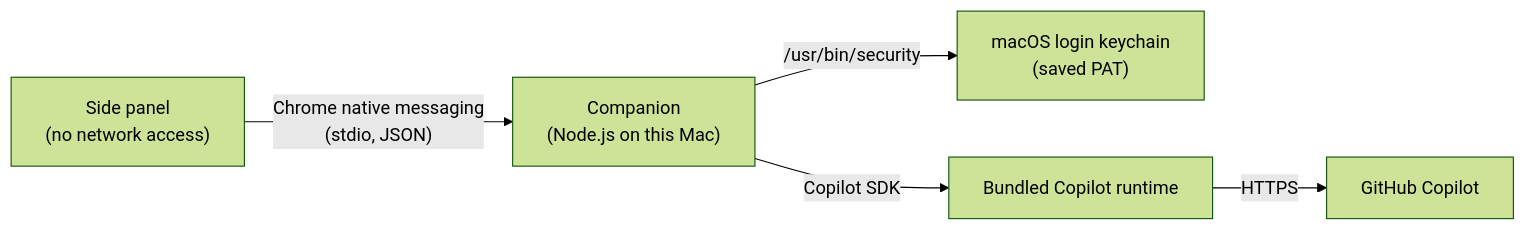
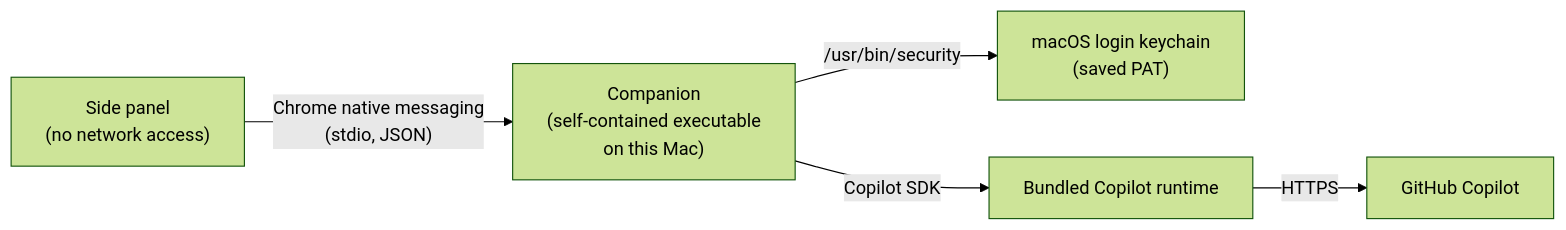
One commit to mahata/gh-copilot-in-chrome changed the diagram in README.md. Above: the diagram before and after it, drawn with Mermaid (forest theme). The commit also changed other lines of this file and 21 other files, not shown here.

First line of the commit message:
Build the companion as a self-contained executable

````diff
--- a/README.md
+++ b/README.md
@@ -27,7 +31,7 @@
 ```mermaid
 flowchart LR
-  Panel["Side panel<br/>(no network access)"] -- "Chrome native messaging<br/>(stdio, JSON)" --> Companion["Companion<br/>(Node.js on this Mac)"]
+  Panel["Side panel<br/>(no network access)"] -- "Chrome native messaging<br/>(stdio, JSON)" --> Companion["Companion<br/>(self-contained executable<br/>on this Mac)"]
   Companion -- "/usr/bin/security" --> Keychain["macOS login keychain<br/>(saved PAT)"]
   Companion -- "Copilot SDK" --> Runtime["Bundled Copilot runtime"]
   Runtime -- HTTPS --> GitHub["GitHub Copilot"]
 ```
````
